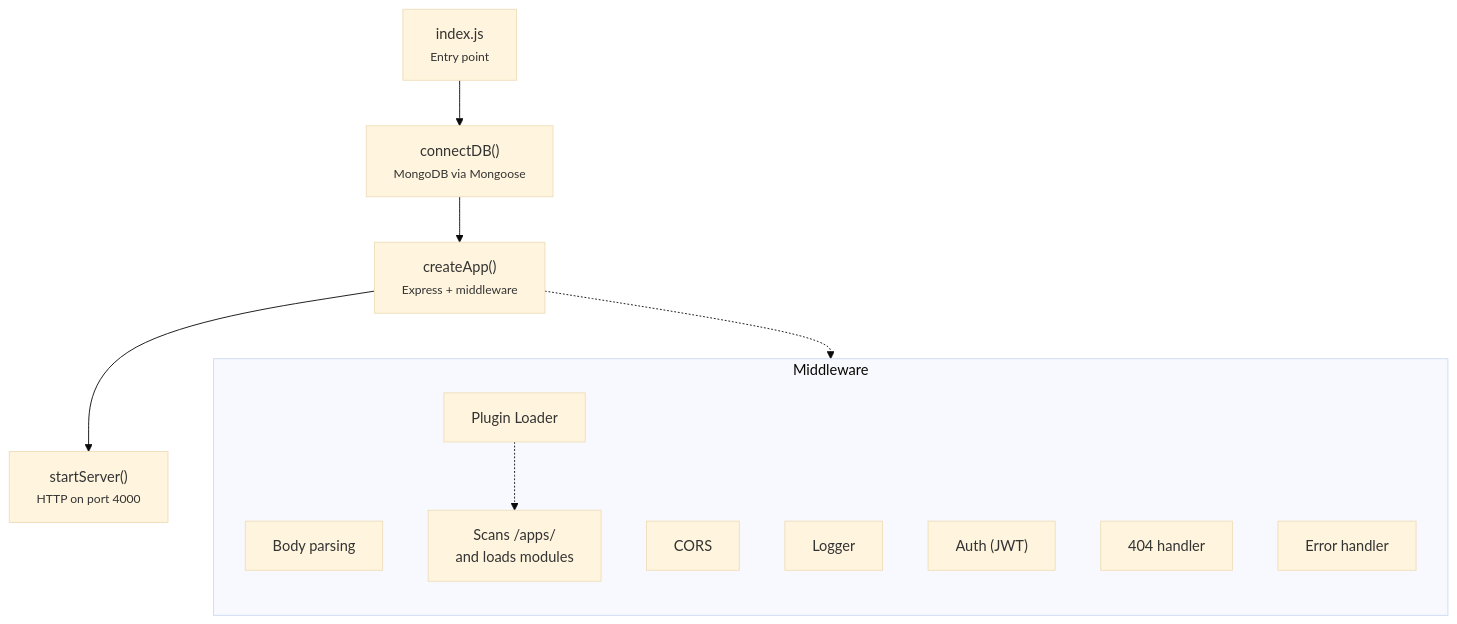
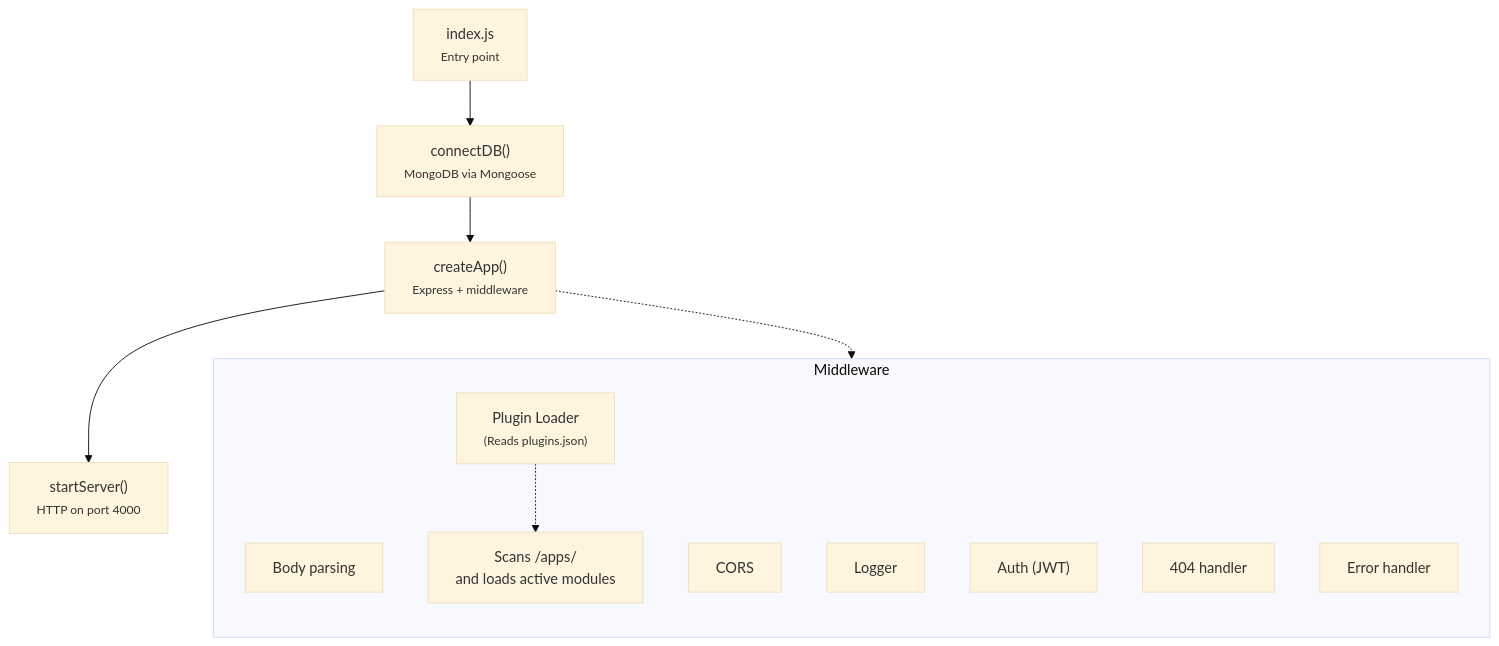
Before and after one commit to NITRR-Official/CampusOS: the first of 2 diagrams in docs/architecture/OVERVIEW.md, drawn with Mermaid (base theme). The commit also changed 44 other files, not shown here.

````diff
--- a/docs/architecture/OVERVIEW.md
+++ b/docs/architecture/OVERVIEW.md
@@ -7,19 +7,19 @@
 ```mermaid
 flowchart TD
     index["index.js<br/><small>Entry point</small>"] --> connectDB["connectDB()<br/><small>MongoDB via Mongoose</small>"]
     connectDB --> createApp["createApp()<br/><small>Express + middleware</small>"]
 
     createApp -.-> Middleware
     subgraph Middleware
         direction TB
         p1[Body parsing]
         p2[CORS]
         p3[Logger]
         p4["Auth (JWT)"]
-        p5[Plugin Loader] -.-> scan["Scans /apps/<br/>and loads modules"]
+        p5["Plugin Loader<br/><small>(Reads plugins.json)</small>"] -.-> scan["Scans /apps/<br/>and loads active modules"]
         p6[404 handler]
         p7[Error handler]
     end
 
     createApp --> startServer["startServer()<br/><small>HTTP on port 4000</small>"]
 ```
````
